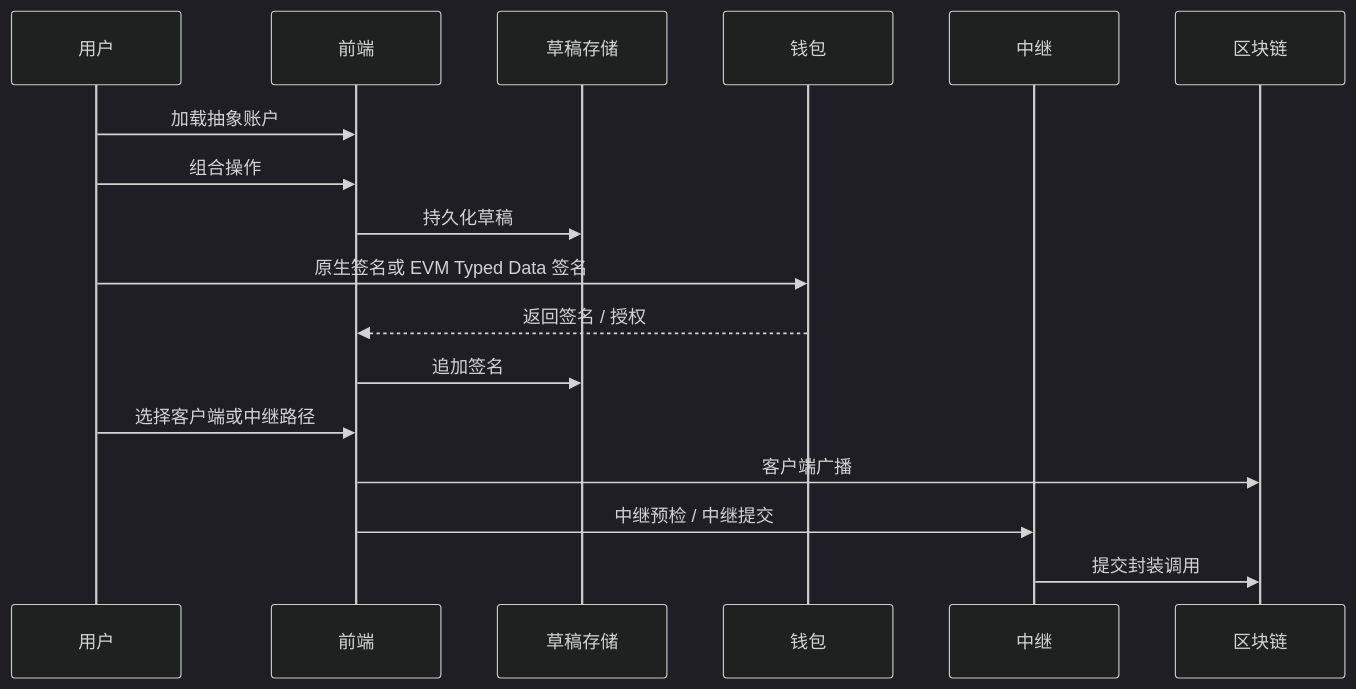
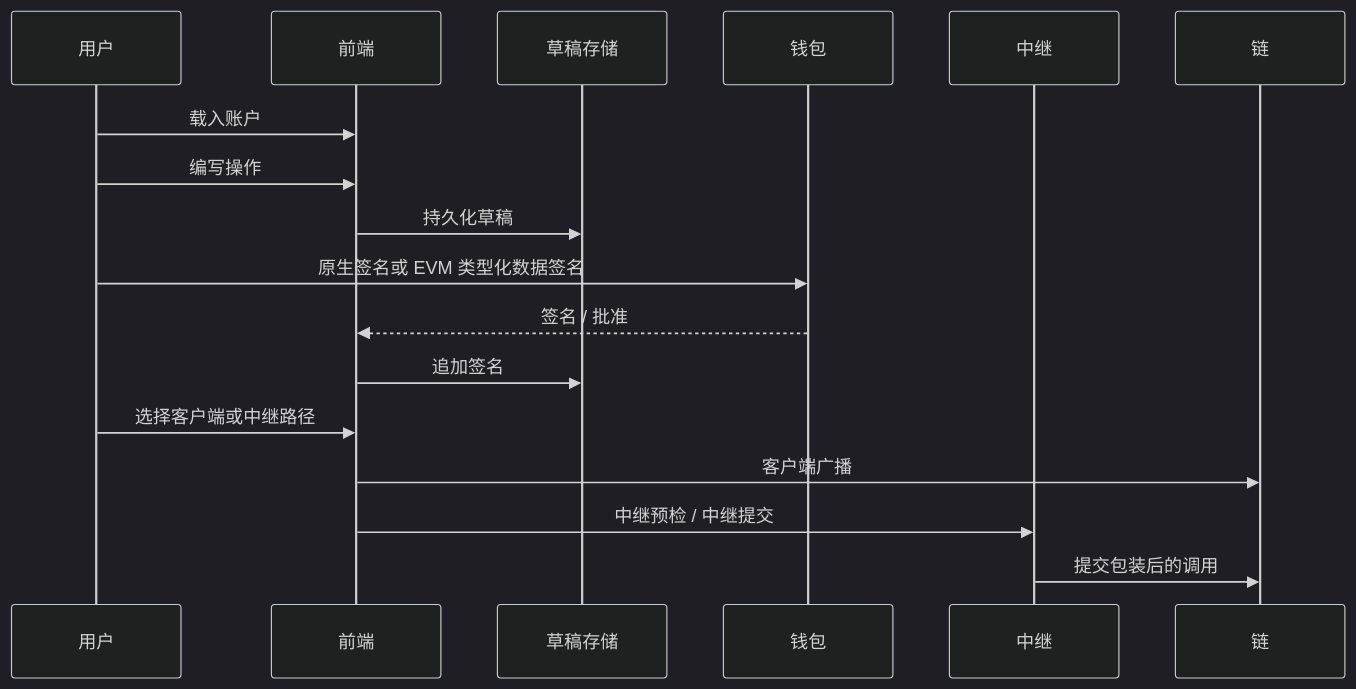
One commit to r3e-network/neo-os-aa changed the second of 2 diagrams in docs/HOW_IT_WORKS.zh-CN.md. Above: the diagram before and after it, drawn with Mermaid (dark theme). The commit also changed other lines of this file and 822 other files, not shown here.

````diff
--- a/docs/HOW_IT_WORKS.zh-CN.md
+++ b/docs/HOW_IT_WORKS.zh-CN.md
@@ -58,20 +81,20 @@
 ```mermaid
 sequenceDiagram
   participant User as 用户
   participant Frontend as 前端
   participant DraftStore as 草稿存储
   participant Wallet as 钱包
   participant Relay as 中继
-  participant Chain as 区块链
+  participant Chain as 链
 
-  User->>Frontend: 加载抽象账户
-  User->>Frontend: 组合操作
+  User->>Frontend: 载入账户
+  User->>Frontend: 编写操作
   Frontend->>DraftStore: 持久化草稿
-  User->>Wallet: 原生签名或 EVM Typed Data 签名
-  Wallet-->>Frontend: 返回签名 / 授权
+  User->>Wallet: 原生签名或 EVM 类型化数据签名
+  Wallet-->>Frontend: 签名 / 批准
   Frontend->>DraftStore: 追加签名
   User->>Frontend: 选择客户端或中继路径
   Frontend->>Chain: 客户端广播
   Frontend->>Relay: 中继预检 / 中继提交
-  Relay->>Chain: 提交封装调用
+  Relay->>Chain: 提交包装后的调用
 ```
````
